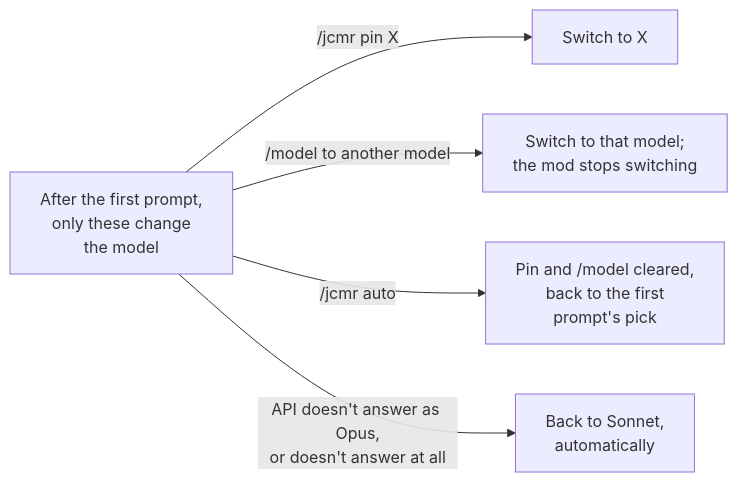
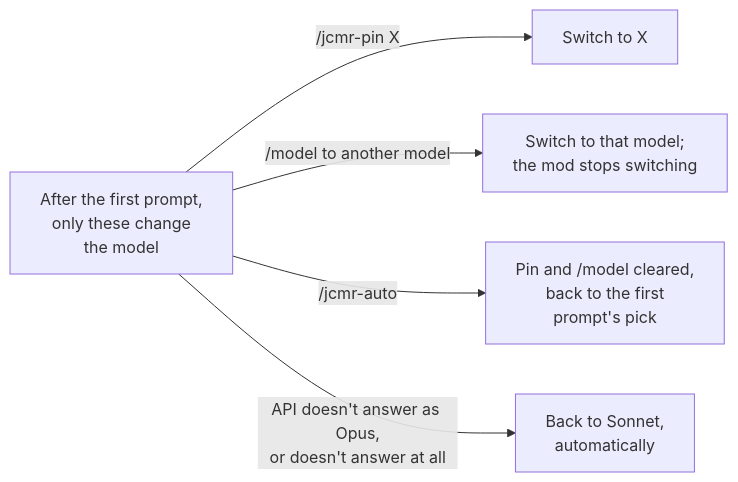
One commit to KevinYu1580/jcGearbox changed the second of 3 diagrams in README.md. Above: the diagram before and after it, drawn with Mermaid. The commit also changed other lines of this file and 2 other files, not shown here.

````diff
--- a/README.md
+++ b/README.md
@@ -61,8 +55,8 @@
 ```mermaid
 flowchart LR
     C["After the first prompt,<br/>only these change<br/>the model"]
-    C -->|"/jcmr pin X"| X["Switch to X"]
+    C -->|"/jcmr-pin X"| X["Switch to X"]
     C -->|"/model to another model"| U["Switch to that model;<br/>the mod stops switching"]
-    C -->|"/jcmr auto"| A["Pin and /model cleared,<br/>back to the first<br/>prompt's pick"]
+    C -->|"/jcmr-auto"| A["Pin and /model cleared,<br/>back to the first<br/>prompt's pick"]
     C -->|"API doesn't answer as Opus,<br/>or doesn't answer at all"| S["Back to Sonnet,<br/>automatically"]
 ```
````
